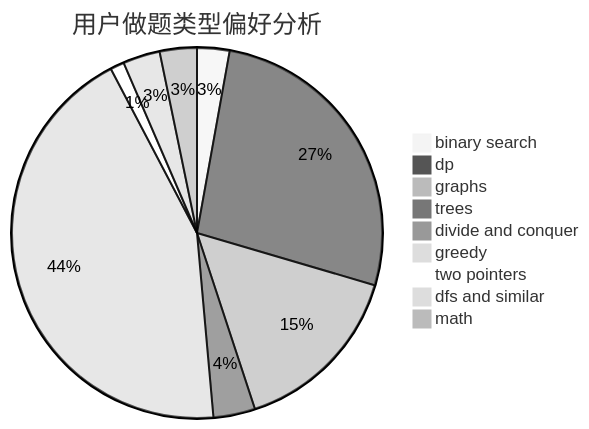
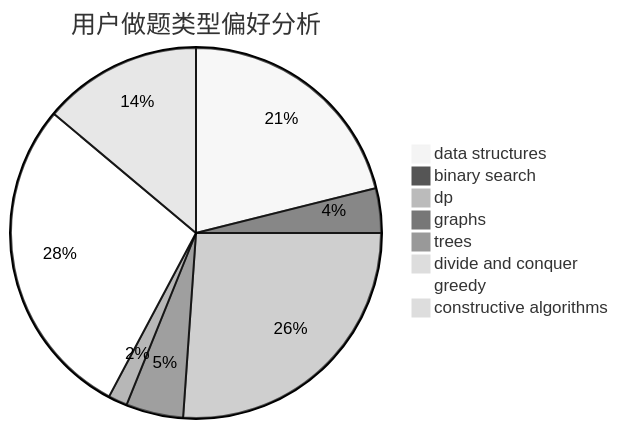
One commit to sherpahu/cfrs.github.io changed the second of 3 diagrams in docs/user/u1351.md. Above: the diagram before and after it, drawn with Mermaid (neutral theme). The commit also changed other lines of this file and 2775 other files, not shown here.

````diff
--- a/docs/user/u1351.md
+++ b/docs/user/u1351.md
@@ -23,12 +23,11 @@
 ```mermaid
 pie title 用户做题类型偏好分析
+    "data structures" :  38
     "binary search" :  7
-    "dp" :  66
-    "graphs" :  38
-    "trees" :  9
+    "dp" :  47
+    "graphs" :  9
+    "trees" :  3
     "divide and conquer" :  0
-    "greedy" :  108
-    "two pointers" :  3
-    "dfs and similar" :  8
-    "math" :  8
+    "greedy" :  51
+    "constructive algorithms" :  25
 ```
````
